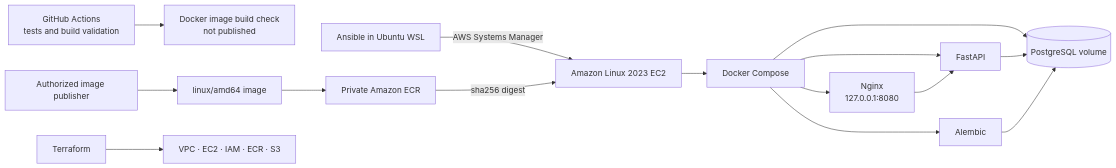
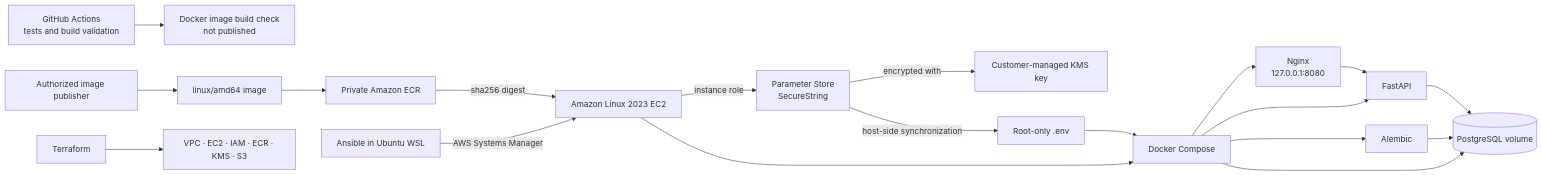
One commit to Orlando-Alvarez/Ticket-API changed the second of 2 diagrams in README.md. Above: the diagram before and after it, drawn with Mermaid. The commit also changed other lines of this file and 6 other files, not shown here.

````diff
--- a/README.md
+++ b/README.md
@@ -108,18 +112,22 @@
 ```mermaid
 flowchart LR
     CI[GitHub Actions<br/>tests and build validation]
     CI --> BuildCheck[Docker image build check<br/>not published]
     Publisher[Authorized image publisher] --> Image[linux/amd64 image]
     Image --> ECR[Private Amazon ECR]
-    Terraform[Terraform] --> Infra[VPC · EC2 · IAM · ECR · S3]
+    Terraform[Terraform] --> Infra[VPC · EC2 · IAM · ECR · KMS · S3]
     Ansible[Ansible in Ubuntu WSL] -->|AWS Systems Manager| EC2[Amazon Linux 2023 EC2]
     ECR -->|sha256 digest| EC2
+    EC2 -->|instance role| Parameters[Parameter Store<br/>SecureString]
+    Parameters -->|encrypted with| KMS[Customer-managed KMS key]
+    Parameters -->|host-side synchronization| Env[Root-only .env]
     EC2 --> Compose[Docker Compose]
+    Env --> Compose
     Compose --> Nginx[Nginx<br/>127.0.0.1:8080]
     Compose --> API[FastAPI]
     Compose --> Migrate[Alembic]
     Compose --> DB[(PostgreSQL volume)]
     Nginx --> API
     API --> DB
     Migrate --> DB
 ```
````
